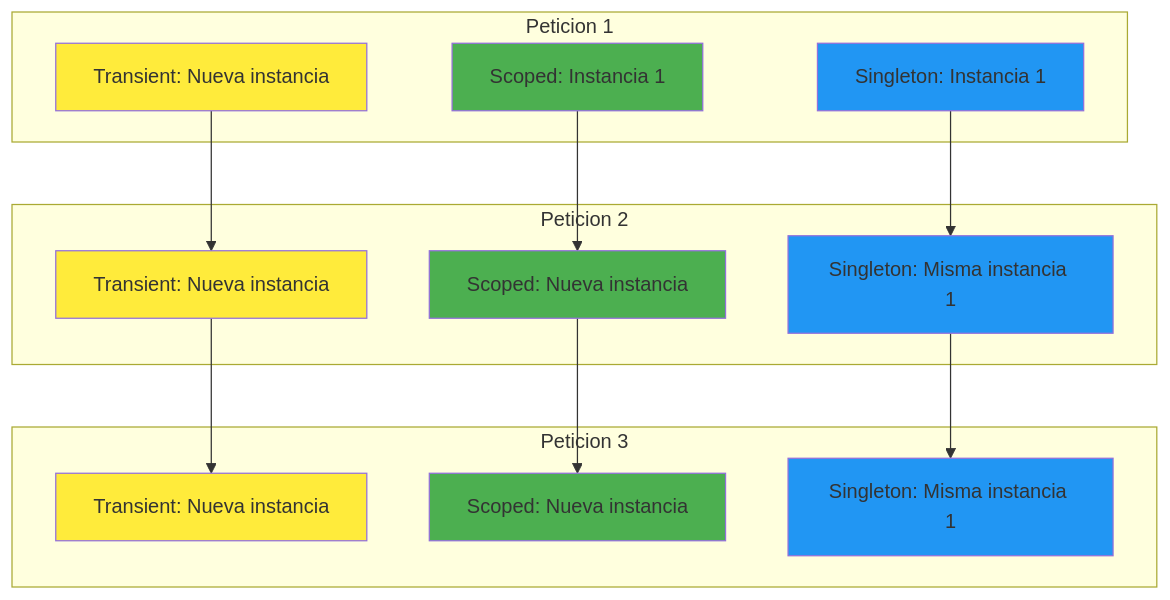
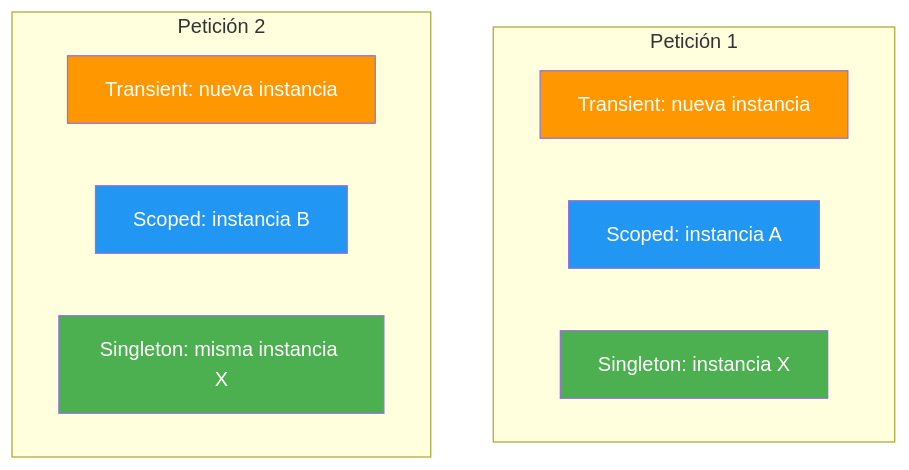
One commit to joseluisgs/DesarrolloWebEntornosServidor-02-2026-2027 changed the diagram in 04-inyeccion-dependencias.md. Above: the diagram before and after it, drawn with Mermaid. The commit also changed other lines of this file, not shown here.

````diff
--- a/04-inyeccion-dependencias.md
+++ b/04-inyeccion-dependencias.md
@@ -212,34 +164,19 @@
 ```mermaid
 flowchart TB
-    subgraph "Peticion 1"
-        T1A["Transient: Nueva instancia"]
-        S1A["Scoped: Instancia 1"]
-        G1A["Singleton: Instancia 1"]
+    subgraph "Petición 1"
+        T1["Transient: nueva instancia"]
+        S1["Scoped: instancia A"]
+        G1["Singleton: instancia X"]
     end
-    
-    subgraph "Peticion 2"
-        T2A["Transient: Nueva instancia"]
-        S2A["Scoped: Nueva instancia"]
-        G2A["Singleton: Misma instancia 1"]
+    subgraph "Petición 2"
+        T2["Transient: nueva instancia"]
+        S2["Scoped: instancia B"]
+        G2["Singleton: misma instancia X"]
     end
-    
-    subgraph "Peticion 3"
-        T3A["Transient: Nueva instancia"]
-        S3A["Scoped: Nueva instancia"]
-        G3A["Singleton: Misma instancia 1"]
-    end
-    
-    T1A --> T2A --> T3A
-    S1A --> S2A --> S3A
-    G1A --> G2A --> G3A
-    
-    style T1A fill:#FFEB3B
-    style T2A fill:#FFEB3B
-    style T3A fill:#FFEB3B
-    style S1A fill:#4CAF50
-    style S2A fill:#4CAF50
-    style S3A fill:#4CAF50
-    style G1A fill:#2196F3
-    style G2A fill:#2196F3
-    style G3A fill:#2196F3
+    style T1 fill:#FF9800,color:#fff
+    style T2 fill:#FF9800,color:#fff
+    style S1 fill:#2196F3,color:#fff
+    style S2 fill:#2196F3,color:#fff
+    style G1 fill:#4CAF50,color:#fff
+    style G2 fill:#4CAF50,color:#fff
 ```
````
